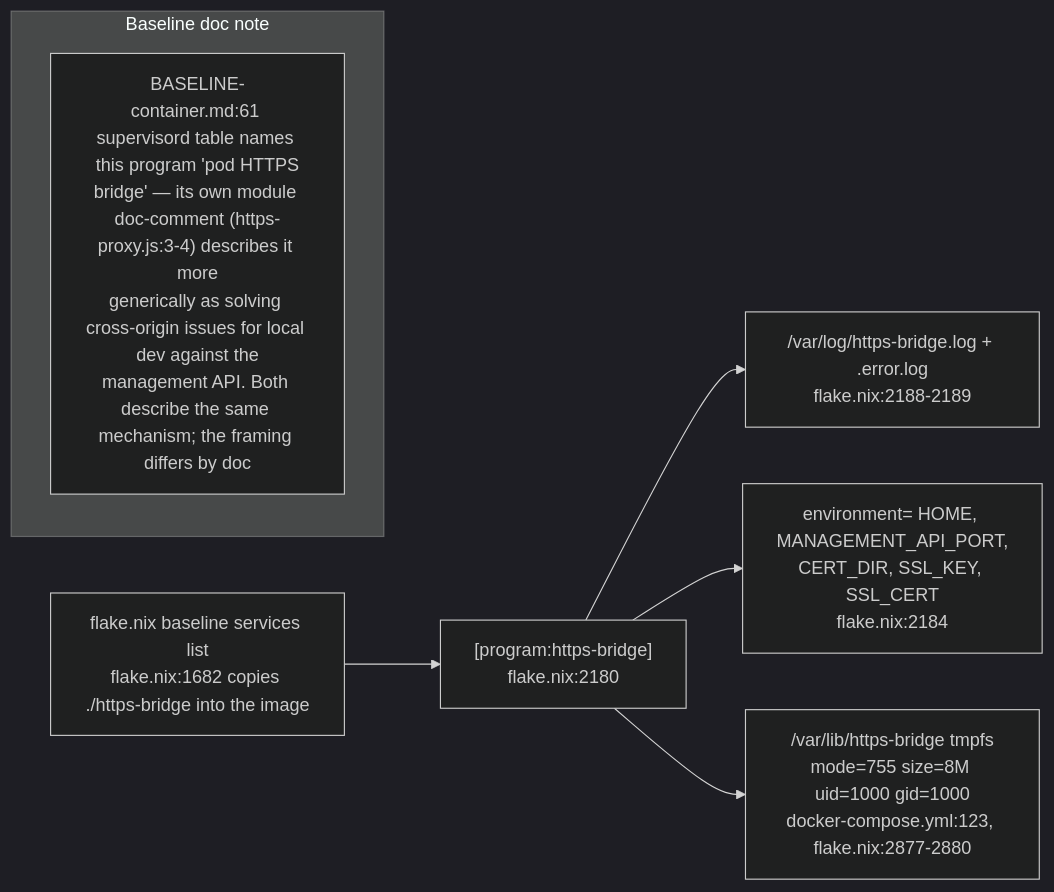
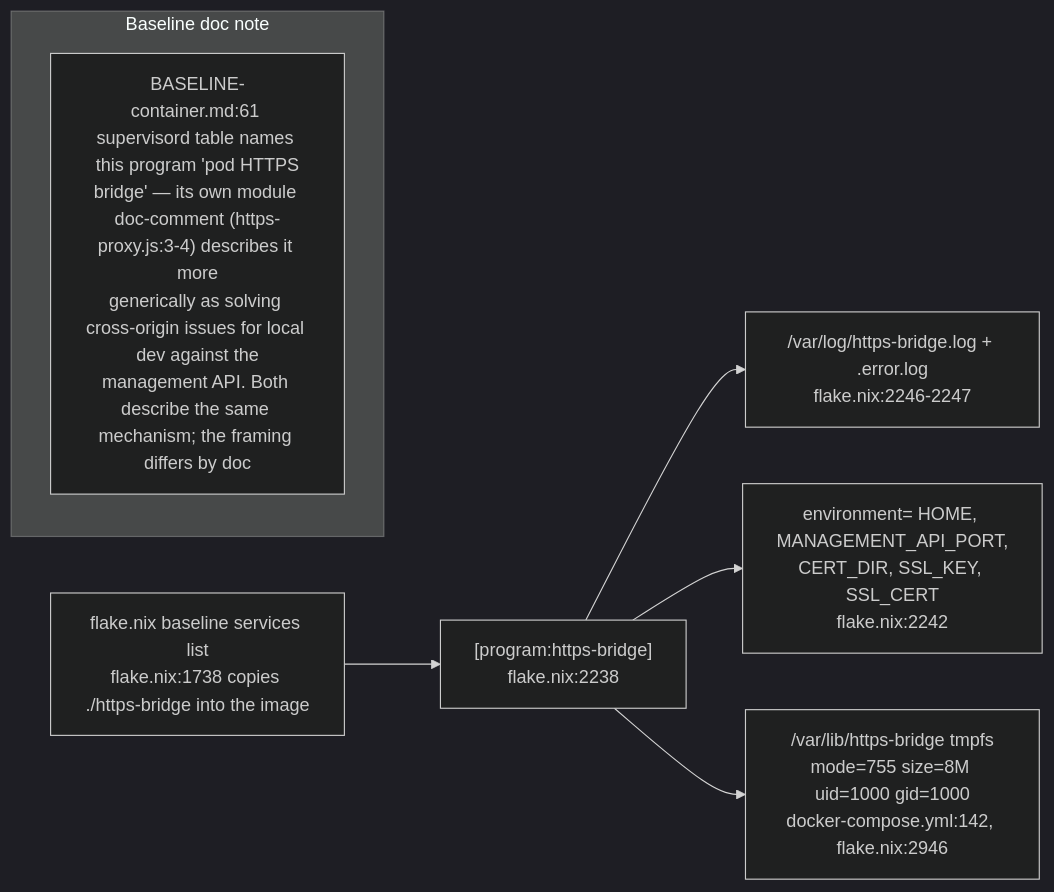
The fifth of 5 diagrams in docs/diagrams/agentbox/30-supporting-services-secret-backup-setup-https-bridge.md (DreamLab-AI/VisionFlow), drawn with Mermaid (dark theme) before and after one commit. The commit also changed other lines of this file and 28 other files, not shown here.

````diff
--- a/docs/diagrams/agentbox/30-supporting-services-secret-backup-setup-https-bridge.md
+++ b/docs/diagrams/agentbox/30-supporting-services-secret-backup-setup-https-bridge.md
@@ -153,14 +153,14 @@
 ```mermaid
 flowchart LR
-    FLAKE["flake.nix baseline services list<br/>flake.nix:1682 copies ./https-bridge into the image"]
-    SUP["[program:https-bridge]<br/>flake.nix:2180"]
-    LOG["/var/log/https-bridge.log + .error.log<br/>flake.nix:2188-2189"]
-    ENV["environment= HOME, MANAGEMENT_API_PORT,<br/>CERT_DIR, SSL_KEY, SSL_CERT<br/>flake.nix:2184"]
-    TMPFS["/var/lib/https-bridge tmpfs<br/>mode=755 size=8M uid=1000 gid=1000<br/>docker-compose.yml:123, flake.nix:2877-2880"]
+    FLAKE["flake.nix baseline services list<br/>flake.nix:1738 copies ./https-bridge into the image"]
+    SUP["[program:https-bridge]<br/>flake.nix:2238"]
+    LOG["/var/log/https-bridge.log + .error.log<br/>flake.nix:2246-2247"]
+    ENV["environment= HOME, MANAGEMENT_API_PORT,<br/>CERT_DIR, SSL_KEY, SSL_CERT<br/>flake.nix:2242"]
+    TMPFS["/var/lib/https-bridge tmpfs<br/>mode=755 size=8M uid=1000 gid=1000<br/>docker-compose.yml:142, flake.nix:2946"]
     FLAKE --> SUP --> LOG
     SUP --> ENV
     SUP --> TMPFS
     subgraph notes["Baseline doc note"]
         N1["BASELINE-container.md:61 supervisord table names this program 'pod HTTPS<br/>bridge' — its own module doc-comment (https-proxy.js:3-4) describes it more<br/>generically as solving cross-origin issues for local dev against the<br/>management API. Both describe the same mechanism; the framing differs by doc"]
     end
 ```
````
